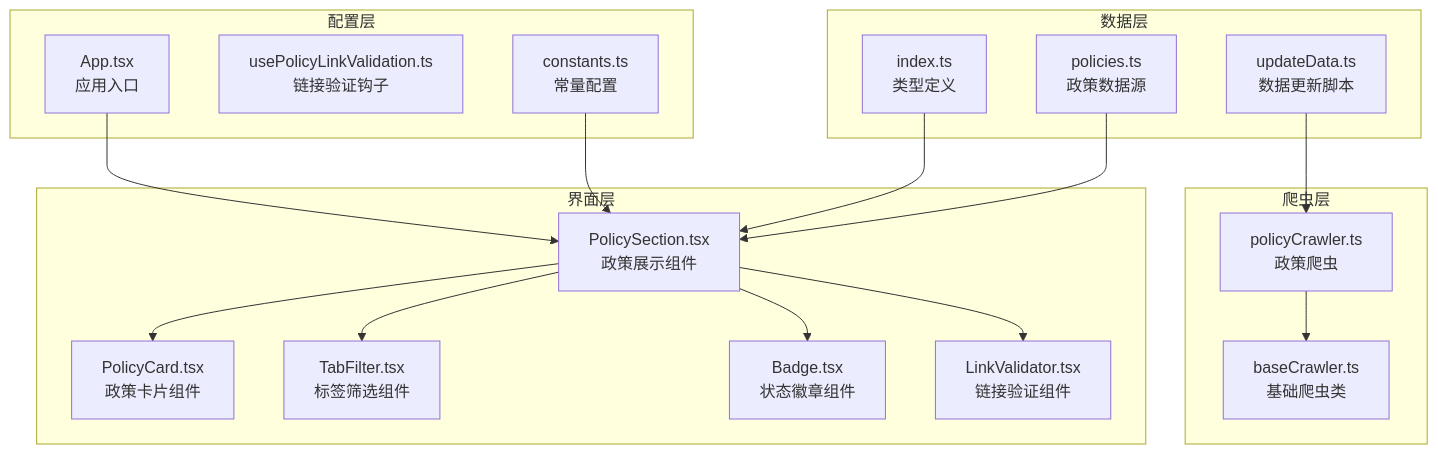
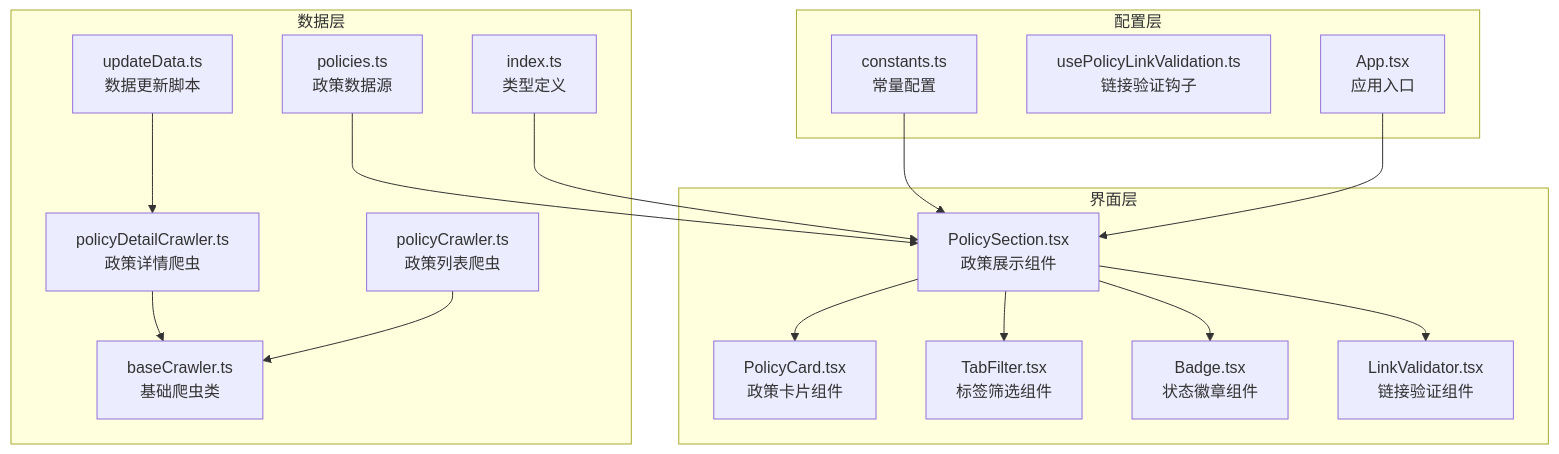
One commit to liangxuanliang-cmd/carbon-info-agent changed the first of 9 diagrams in .qoder/repowiki/zh/content/数据管理/政策数据管理/政策数据管理.md. Above: the diagram before and after it, drawn with Mermaid. The commit also changed other lines of this file and 8 other files, not shown here.

````diff
--- a/.qoder/repowiki/zh/content/数据管理/政策数据管理/政策数据管理.md
+++ b/.qoder/repowiki/zh/content/数据管理/政策数据管理/政策数据管理.md
@@ -52,34 +55,34 @@
 ```mermaid
 graph TB
 subgraph "数据层"
 Policies[policies.ts<br/>政策数据源]
 Types[index.ts<br/>类型定义]
 UpdateData[updateData.ts<br/>数据更新脚本]
-end
-subgraph "爬虫层"
-PolicyCrawler[policyCrawler.ts<br/>政策爬虫]
+PolicyDetailCrawler[policyDetailCrawler.ts<br/>政策详情爬虫]
+PolicyCrawler[policyCrawler.ts<br/>政策列表爬虫]
 BaseCrawler[baseCrawler.ts<br/>基础爬虫类]
 end
 subgraph "界面层"
 PolicySection[PolicySection.tsx<br/>政策展示组件]
 PolicyCard[PolicyCard.tsx<br/>政策卡片组件]
 TabFilter[TabFilter.tsx<br/>标签筛选组件]
 Badge[Badge.tsx<br/>状态徽章组件]
 LinkValidator[LinkValidator.tsx<br/>链接验证组件]
 end
 subgraph "配置层"
 Constants[constants.ts<br/>常量配置]
 Hooks[usePolicyLinkValidation.ts<br/>链接验证钩子]
 App[App.tsx<br/>应用入口]
 end
 Policies --> PolicySection
 Types --> PolicySection
 PolicySection --> PolicyCard
 PolicySection --> TabFilter
 PolicySection --> Badge
 PolicySection --> LinkValidator
 Constants --> PolicySection
-UpdateData --> PolicyCrawler
+UpdateData --> PolicyDetailCrawler
+PolicyDetailCrawler --> BaseCrawler
 PolicyCrawler --> BaseCrawler
 App --> PolicySection
 ```
````
